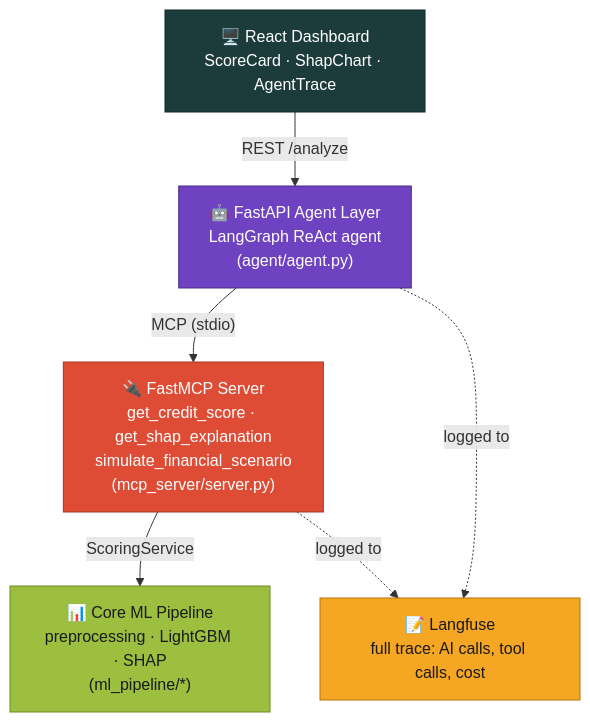
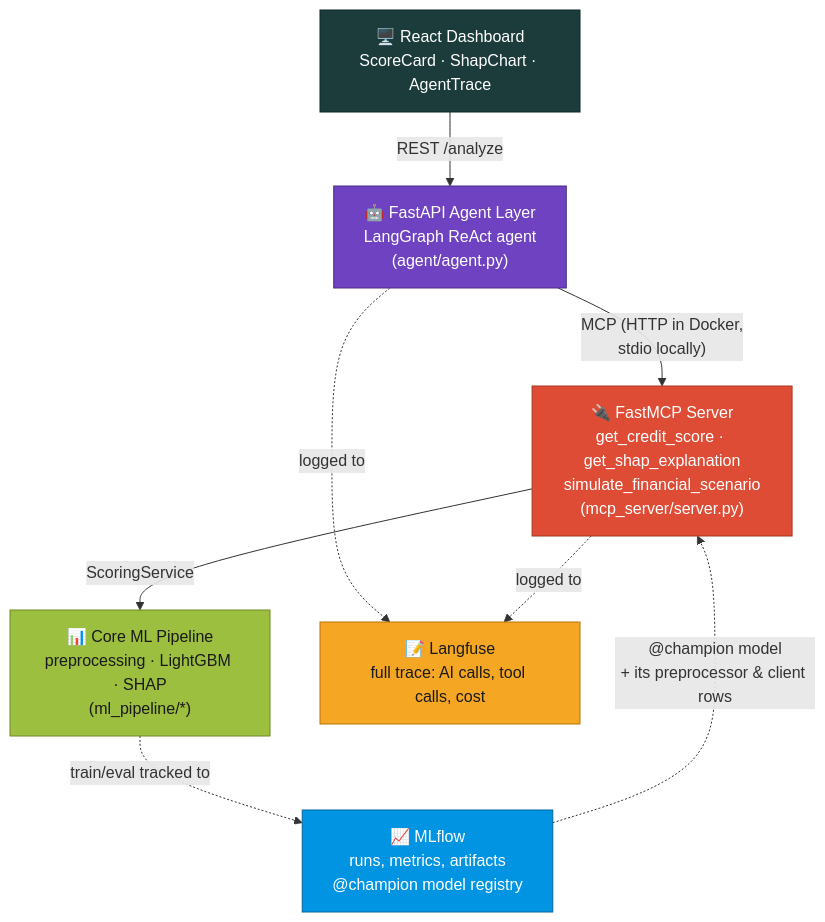
The diagram in README.md (Totm33606/finrisk-agent), drawn with Mermaid before and after one commit. The commit also changed other lines of this file and 31 other files, not shown here.

````diff
--- a/README.md
+++ b/README.md
@@ -112,26 +118,31 @@
 ```mermaid
 flowchart TD
     UI["🖥️ React Dashboard<br/>ScoreCard · ShapChart · AgentTrace"]
     API["🤖 FastAPI Agent Layer<br/>LangGraph ReAct agent<br/>(agent/agent.py)"]
     MCP["🔌 FastMCP Server<br/>get_credit_score · get_shap_explanation<br/>simulate_financial_scenario<br/>(mcp_server/server.py)"]
     ML["📊 Core ML Pipeline<br/>preprocessing · LightGBM · SHAP<br/>(ml_pipeline/*)"]
     LF["📝 Langfuse<br/>full trace: AI calls, tool calls, cost"]
+    MLF["📈 MLflow<br/>runs, metrics, artifacts<br/>@champion model registry"]
 
     UI -->|"REST /analyze"| API
-    API -->|"MCP (stdio)"| MCP
+    API -->|"MCP (HTTP in Docker,<br/>stdio locally)"| MCP
     MCP -->|"ScoringService"| ML
     API -.->|"logged to"| LF
     MCP -.->|"logged to"| LF
+    ML -.->|"train/eval tracked to"| MLF
+    MLF -.->|"@champion model<br/>+ its preprocessor &amp; client rows"| MCP
 
     classDef ui fill:#1c3c3c,stroke:#0f2626,color:#ffffff
     classDef agent fill:#6f42c1,stroke:#4a2c85,color:#ffffff
     classDef mcp fill:#de4c36,stroke:#a6371f,color:#ffffff
     classDef ml fill:#9cbf3f,stroke:#6f8a24,color:#1a1a1a
     classDef obs fill:#f5a623,stroke:#b9750a,color:#1a1a1a
+    classDef mlops fill:#0194e2,stroke:#0166a0,color:#ffffff
 
     class UI ui
     class API agent
     class MCP mcp
     class ML ml
     class LF obs
+    class MLF mlops
 ```
````
